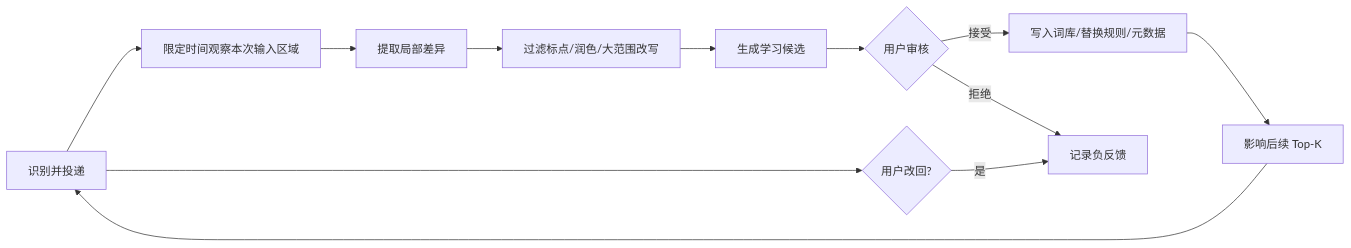
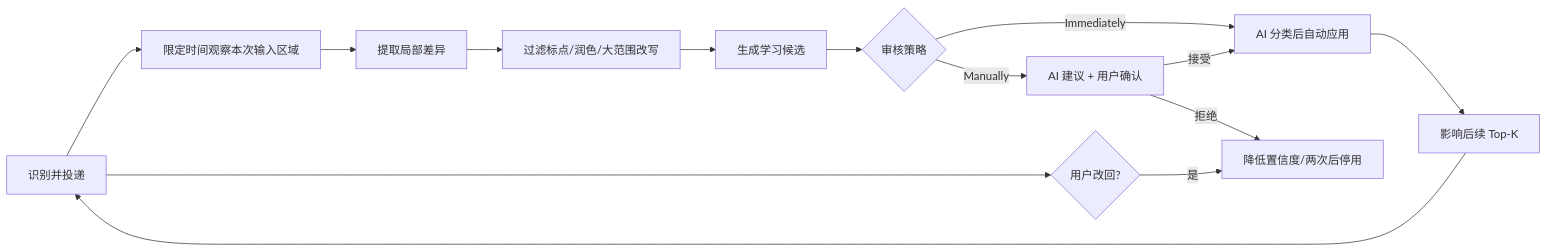
Before and after one commit to will-bw/my-voice: the fourth of 4 diagrams in docs/DEVELOPMENT.md, drawn with Mermaid. The commit also changed other lines of this file and 18 other files, not shown here.

````diff
--- a/docs/DEVELOPMENT.md
+++ b/docs/DEVELOPMENT.md
@@ -491,14 +493,17 @@
 ```mermaid
 flowchart LR
     Result[识别并投递] --> Observe[限定时间观察本次输入区域]
     Observe --> Diff[提取局部差异]
     Diff --> Filter[过滤标点/润色/大范围改写]
     Filter --> Proposal[生成学习候选]
-    Proposal --> Review{用户审核}
-    Review -->|接受| Apply[写入词库/替换规则/元数据]
-    Review -->|拒绝| Negative[记录负反馈]
+    Proposal --> Review{审核策略}
+    Review -->|Manually| Approval[AI 建议 + 用户确认]
+    Review -->|Immediately| Apply[AI 分类后自动应用]
+    Approval -->|接受| Apply
+    Approval -->|拒绝| Negative
     Apply --> Select[影响后续 Top-K]
     Select --> Result
     Result --> Revert{用户改回?}
     Revert -->|是| Negative
+    Negative[降低置信度/两次后停用]
 ```
````
